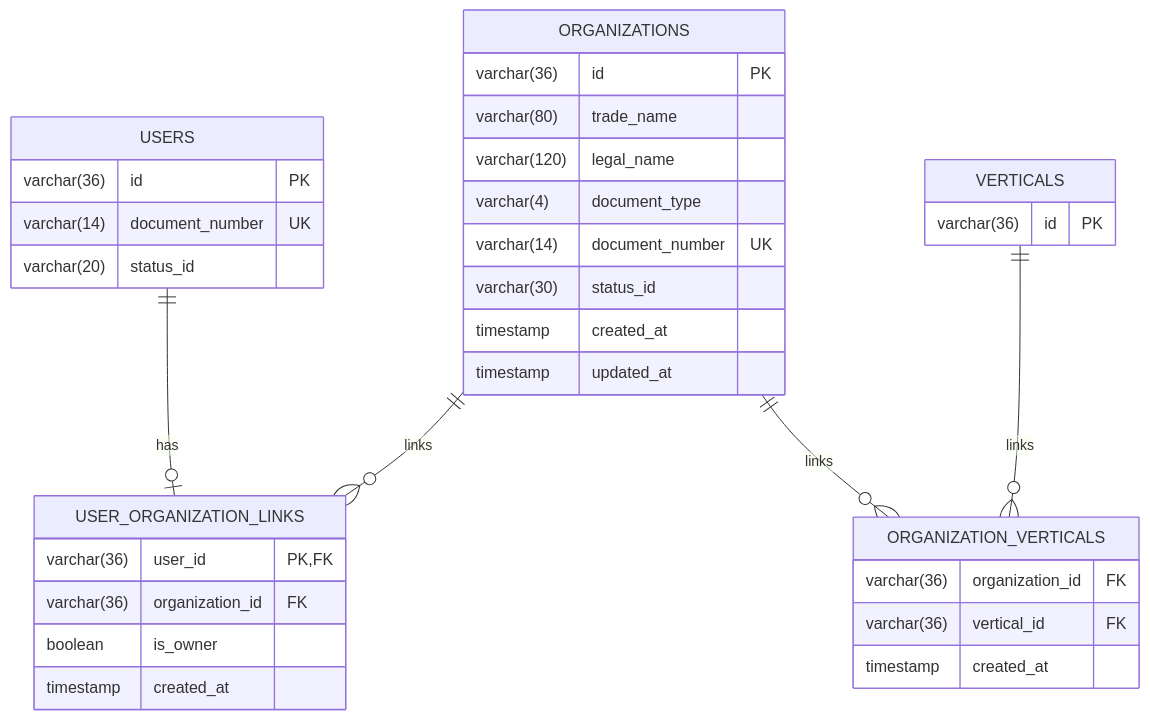
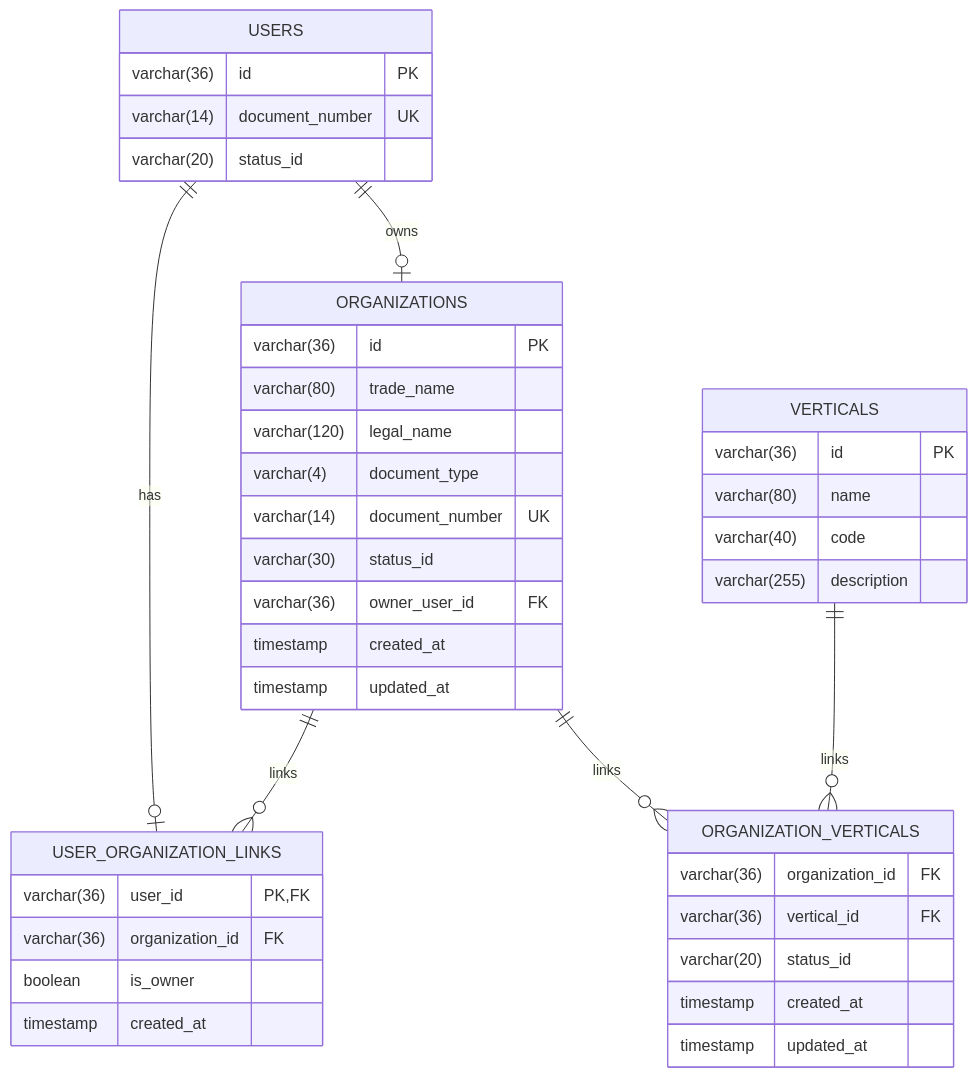
Before and after one commit to CSousa-Dev/smart-delivery: the sixth of 7 diagrams in specs/modules/organization/02-create-organization/design.md, drawn with Mermaid. The commit also changed other lines of this file and 107 other files, not shown here.

````diff
--- a/specs/modules/organization/02-create-organization/design.md
+++ b/specs/modules/organization/02-create-organization/design.md
@@ -396,41 +408,48 @@
 ```mermaid
 erDiagram
     USERS {
         varchar(36) id PK
         varchar(14) document_number UK
         varchar(20) status_id
     }
 
     ORGANIZATIONS {
         varchar(36) id PK
         varchar(80) trade_name
         varchar(120) legal_name
         varchar(4) document_type
         varchar(14) document_number UK
         varchar(30) status_id
+        varchar(36) owner_user_id FK
         timestamp created_at
         timestamp updated_at
     }
 
     ORGANIZATION_VERTICALS {
         varchar(36) organization_id FK
         varchar(36) vertical_id FK
+        varchar(20) status_id
         timestamp created_at
+        timestamp updated_at
     }
 
     VERTICALS {
         varchar(36) id PK
+        varchar(80) name
+        varchar(40) code
+        varchar(255) description
     }
 
     USER_ORGANIZATION_LINKS {
         varchar(36) user_id PK, FK
         varchar(36) organization_id FK
         boolean is_owner
         timestamp created_at
     }
 
     USERS ||--o| USER_ORGANIZATION_LINKS : has
+    USERS ||--o| ORGANIZATIONS : owns
     ORGANIZATIONS ||--o{ USER_ORGANIZATION_LINKS : links
     ORGANIZATIONS ||--o{ ORGANIZATION_VERTICALS : links
     VERTICALS ||--o{ ORGANIZATION_VERTICALS : links
 ```
````
